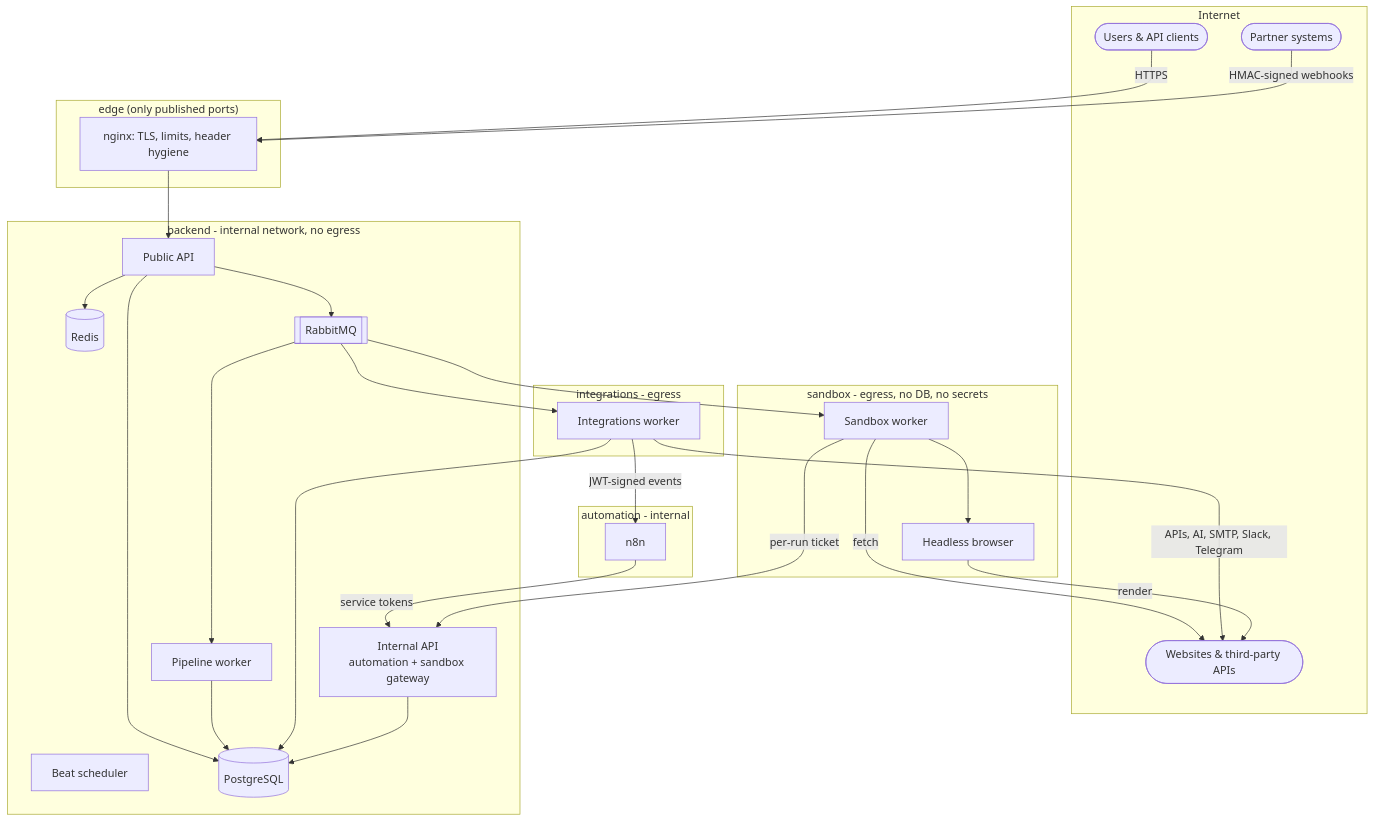
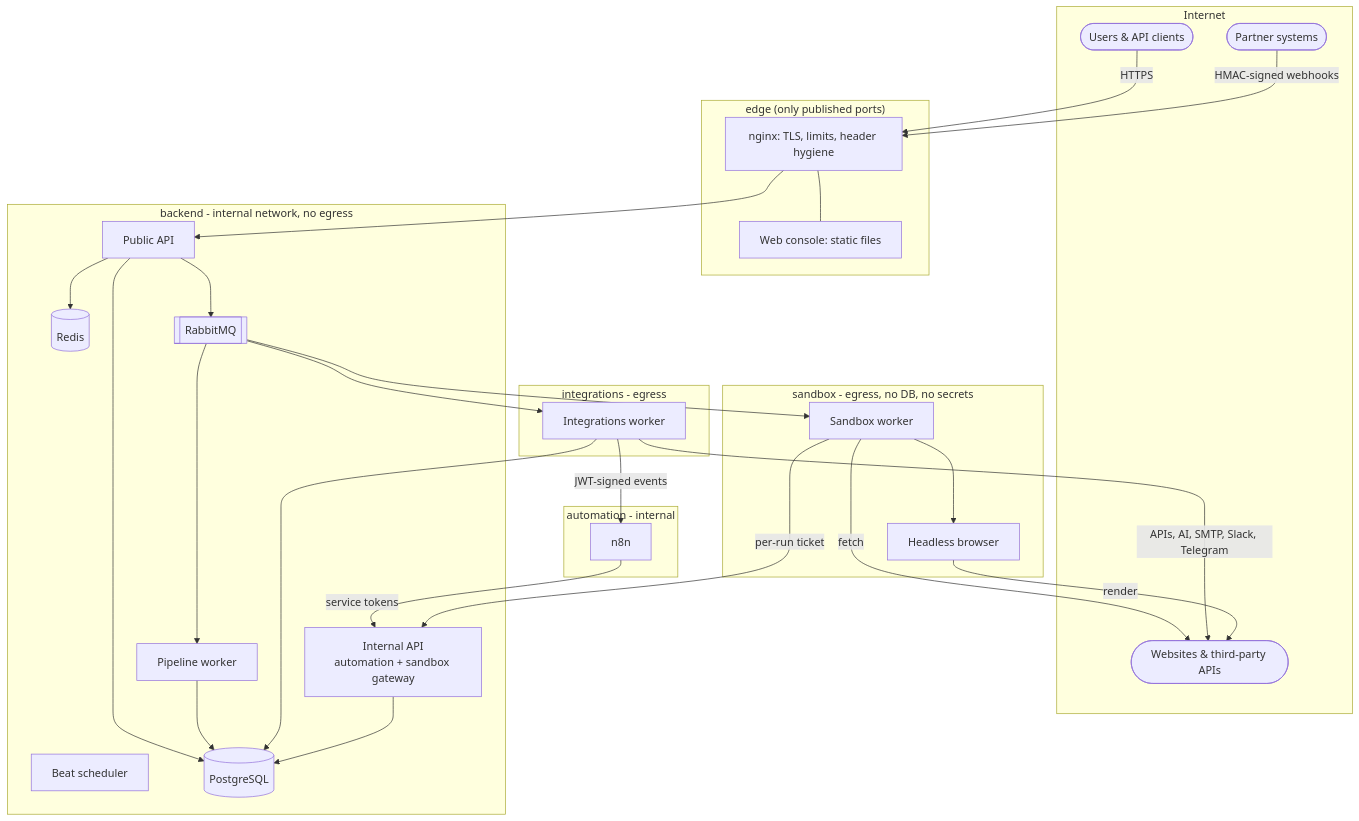
Before and after one commit to mojtaba-py-code/fastapi-postgres-ai-automation-platform: the first of 2 diagrams in docs/ARCHITECTURE.md, drawn with Mermaid. The commit also changed 8 other files, not shown here.

First line of the commit message:
Document the web console

````diff
--- a/docs/ARCHITECTURE.md
+++ b/docs/ARCHITECTURE.md
@@ -9,43 +9,45 @@
 ```mermaid
 flowchart TB
   subgraph public["Internet"]
     U([Users & API clients])
     P([Partner systems])
     W([Websites & third-party APIs])
   end
   subgraph edge["edge (only published ports)"]
     NG[nginx: TLS, limits, header hygiene]
+    WC[Web console: static files]
   end
   subgraph core["backend - internal network, no egress"]
     API[Public API]
     IAPI[Internal API<br/>automation + sandbox gateway]
     WP[Pipeline worker]
     BEAT[Beat scheduler]
     PG[(PostgreSQL)]
     RD[(Redis)]
     MQ[[RabbitMQ]]
   end
   subgraph integ["integrations - egress"]
     WI[Integrations worker]
   end
   subgraph sandbox["sandbox - egress, no DB, no secrets"]
     SB[Sandbox worker]
     BR[Headless browser]
   end
   subgraph auto["automation - internal"]
     N8N[n8n]
   end
   U -->|HTTPS| NG --> API
+  NG --- WC
   P -->|HMAC-signed webhooks| NG
   API --> PG & RD & MQ
   MQ --> WP & WI & SB
   WP --> PG
   WI --> PG
   WI -->|JWT-signed events| N8N
   N8N -->|service tokens| IAPI --> PG
   SB -->|per-run ticket| IAPI
   SB --> BR
   SB -->|fetch| W
   WI -->|APIs, AI, SMTP, Slack, Telegram| W
   BR -->|render| W
 ```
````
